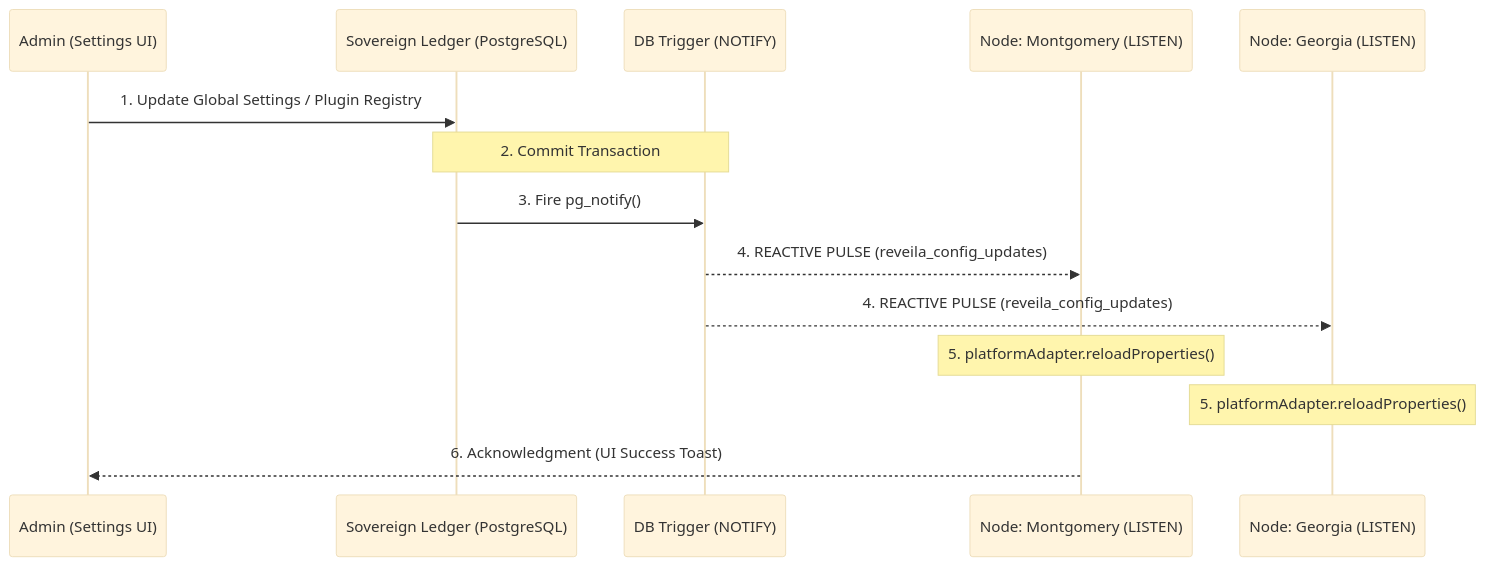
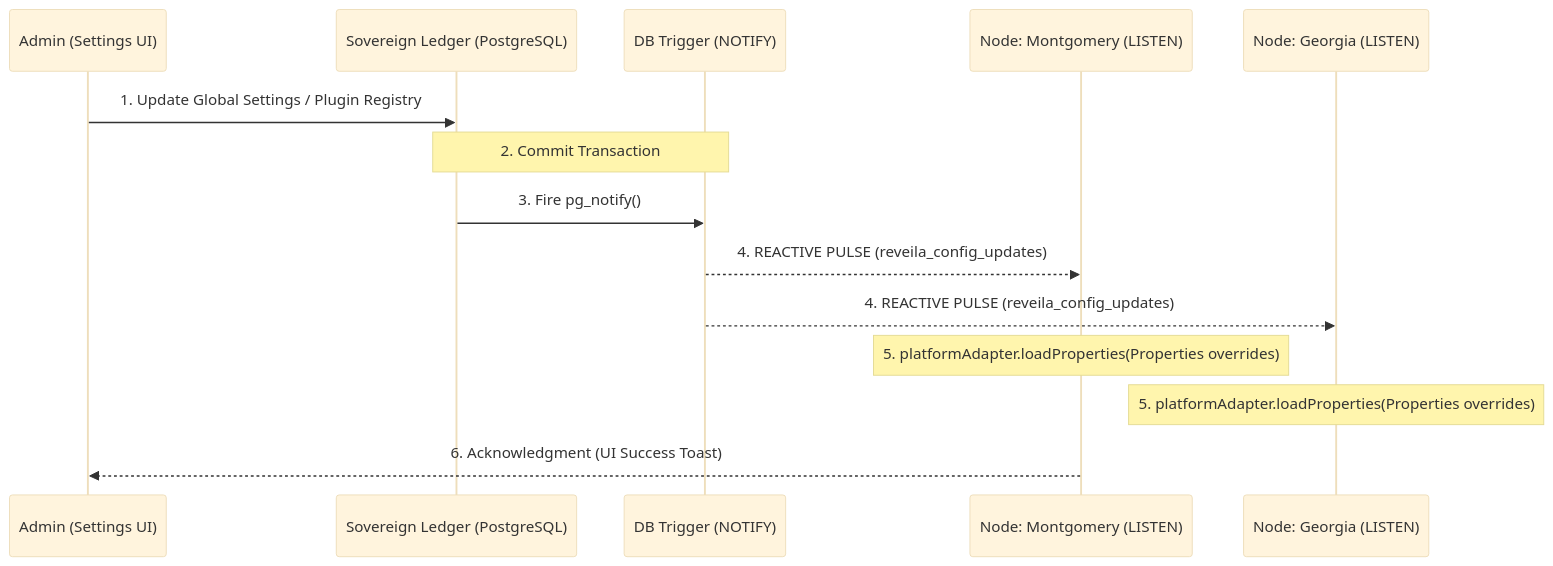
Before and after one commit to cc2lee/Reveila: the diagram in memory-bank/Diagrams/Reactive Pulse Architecture.md, drawn with Mermaid (base theme). The commit also changed 20 other files, not shown here.

````diff
--- a/memory-bank/Diagrams/Reactive Pulse Architecture.md
+++ b/memory-bank/Diagrams/Reactive Pulse Architecture.md
@@ -3,22 +3,22 @@
 ```mermaid
 sequenceDiagram
     participant Admin as Admin (Settings UI)
     participant Ledger as Sovereign Ledger (PostgreSQL)
     participant Trigger as DB Trigger (NOTIFY)
     participant Montgomery as Node: Montgomery (LISTEN)
     participant Georgia as Node: Georgia (LISTEN)
 
     Admin->>Ledger: 1. Update Global Settings / Plugin Registry
     
     Note over Ledger, Trigger: 2. Commit Transaction
     
     Ledger->>Trigger: 3. Fire pg_notify()
     
     Trigger-->>Montgomery: 4. REACTIVE PULSE (reveila_config_updates)
     Trigger-->>Georgia: 4. REACTIVE PULSE (reveila_config_updates)
     
-    Note over Montgomery: 5. platformAdapter.reloadProperties()
-    Note over Georgia: 5. platformAdapter.reloadProperties()
+    Note over Montgomery: 5. platformAdapter.loadProperties(Properties overrides)
+    Note over Georgia: 5. platformAdapter.loadProperties(Properties overrides)
     
     Montgomery-->>Admin: 6. Acknowledgment (UI Success Toast)
 ```
````
